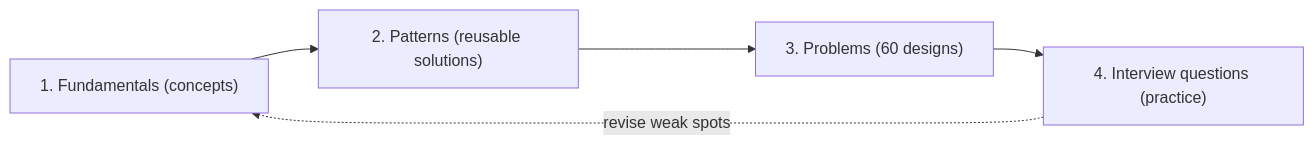
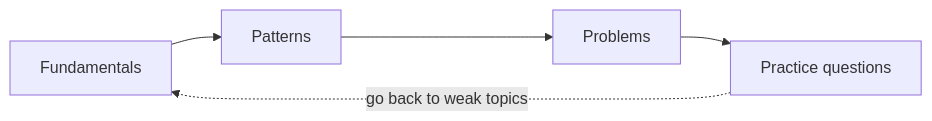
One commit to Karthik0809/system-design-notes changed the diagram in README.md. Above: the diagram before and after it, drawn with Mermaid. The commit also changed other lines of this file and 109 other files, not shown here.

Commit message:
Add LLD section, 8 problems and 4 fundamentals; clean up formatting

````diff
--- a/README.md
+++ b/README.md
@@ -15,5 +23,5 @@
 ```mermaid
 flowchart LR
-    A["1. Fundamentals (concepts)"] --> B["2. Patterns (reusable solutions)"] --> C["3. Problems (60 designs)"] --> D["4. Interview questions (practice)"]
-    D -.->|"revise weak spots"| A
+    A["Fundamentals"] --> B["Patterns"] --> C["Problems"] --> D["Practice questions"]
+    D -.->|"go back to weak topics"| A
 ```
````
